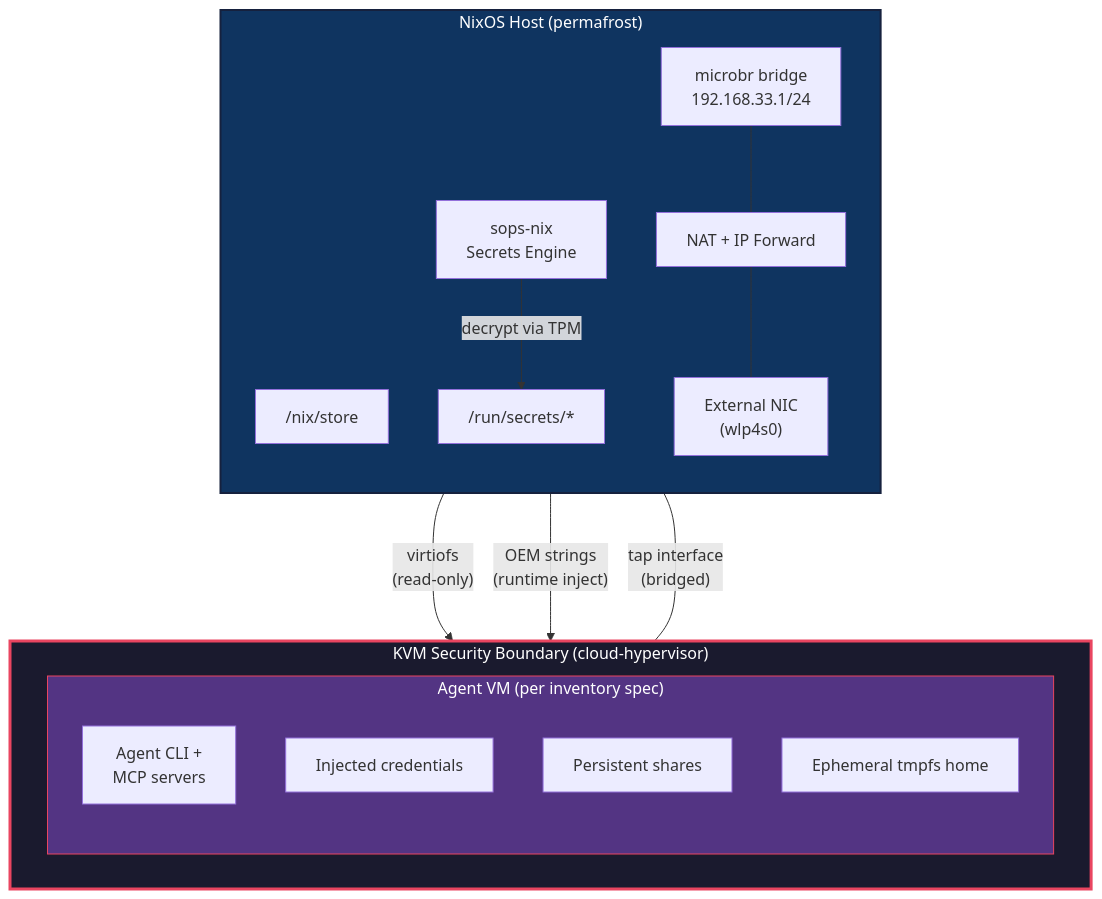
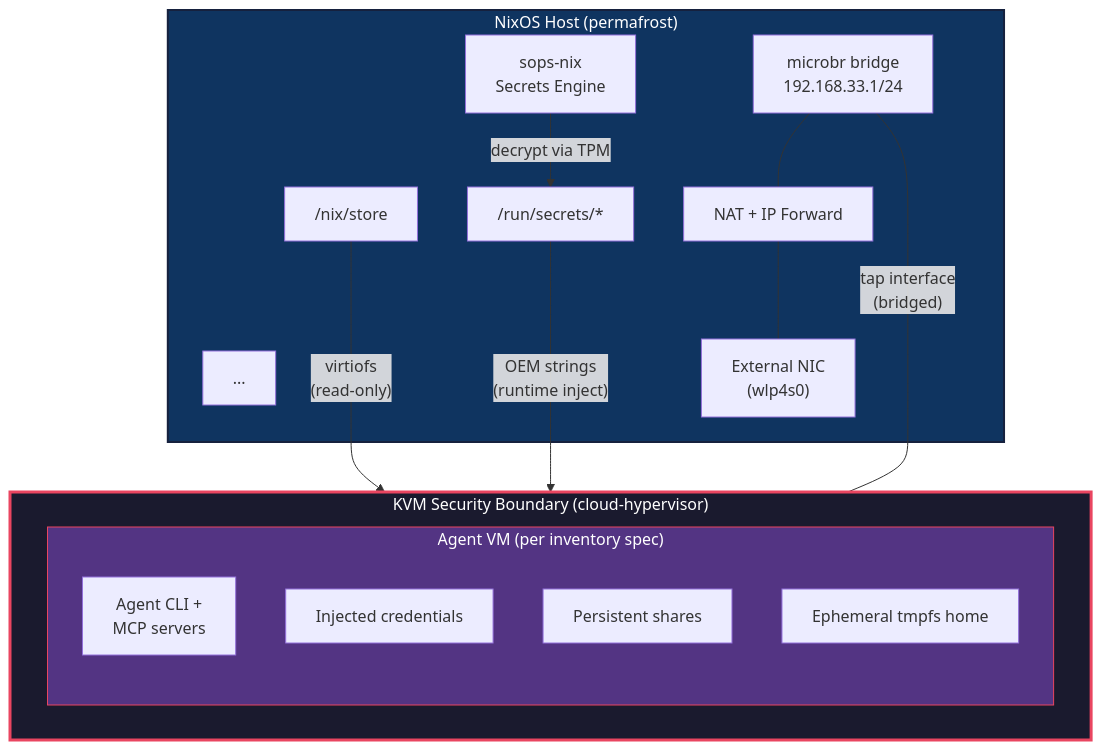
One commit to tenarches/nix-permafrost changed the first of 7 diagrams in README.md. Above: the diagram before and after it, drawn with Mermaid. The commit also changed other lines of this file and 31 other files, not shown here.

````diff
--- a/README.md
+++ b/README.md
@@ -5,32 +9,32 @@
 ```mermaid
 graph TB
     subgraph HOST["NixOS Host (permafrost)"]
-        direction TB
+...
         NS["/nix/store"]
         SOPS["sops-nix<br/>Secrets Engine"]
         BR["microbr bridge<br/>192.168.33.1/24"]
         NAT["NAT + IP Forward"]
         EXT["External NIC<br/>(wlp4s0)"]
 
         SOPS -->|"decrypt via TPM"| SEC["/run/secrets/*"]
         BR --- NAT --- EXT
     end
 
     subgraph KVM_BOUNDARY["KVM Security Boundary (cloud-hypervisor)"]
         direction LR
         subgraph VM_N["Agent VM (per inventory spec)"]
             AGENT_CLI["Agent CLI +<br/>MCP servers"]
             CREDS["Injected credentials"]
             PERSIST["Persistent shares"]
             TMPFS["Ephemeral tmpfs home"]
         end
     end
 
     NS --->|"virtiofs<br/>(read-only)"| VM_N
     SEC --->|"OEM strings<br/>(runtime inject)"| VM_N
     BR ---|"tap interface<br/>(bridged)"| VM_N
 
     style KVM_BOUNDARY fill:#1a1a2e,stroke:#e94560,stroke-width:3px,color:#fff
     style HOST fill:#0f3460,stroke:#16213e,stroke-width:2px,color:#fff
     style VM_N fill:#533483,stroke:#e94560,color:#fff
 ```
````
